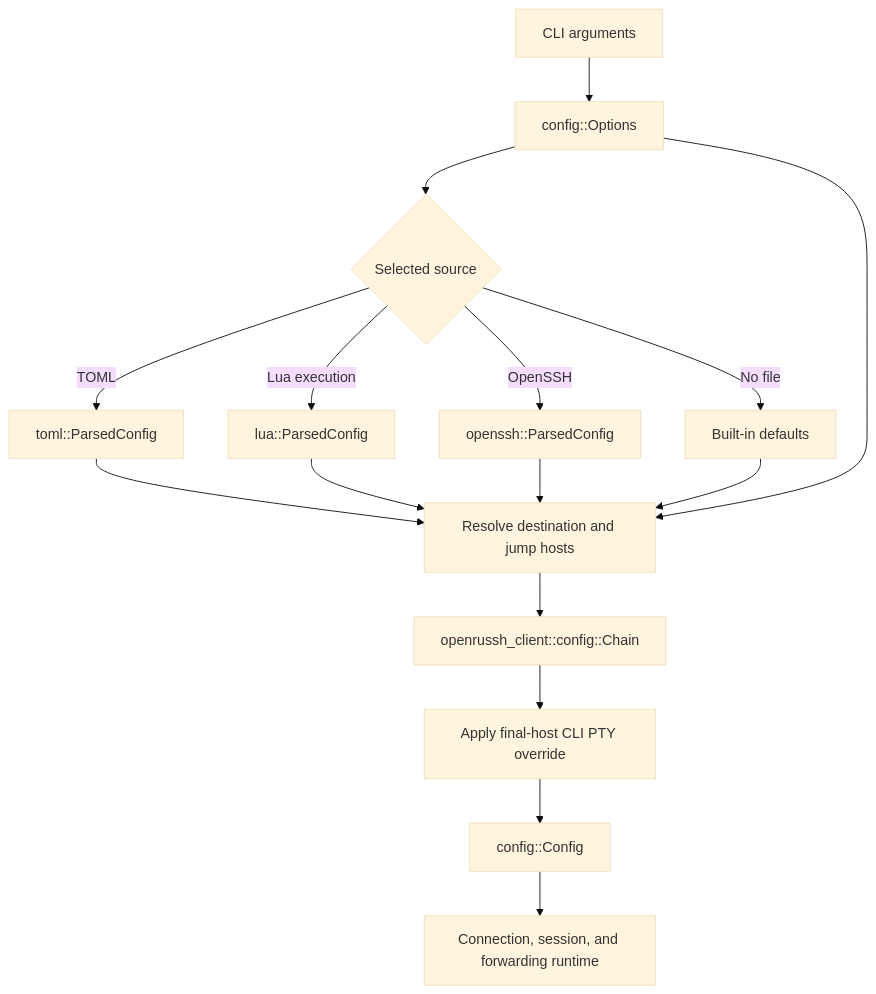
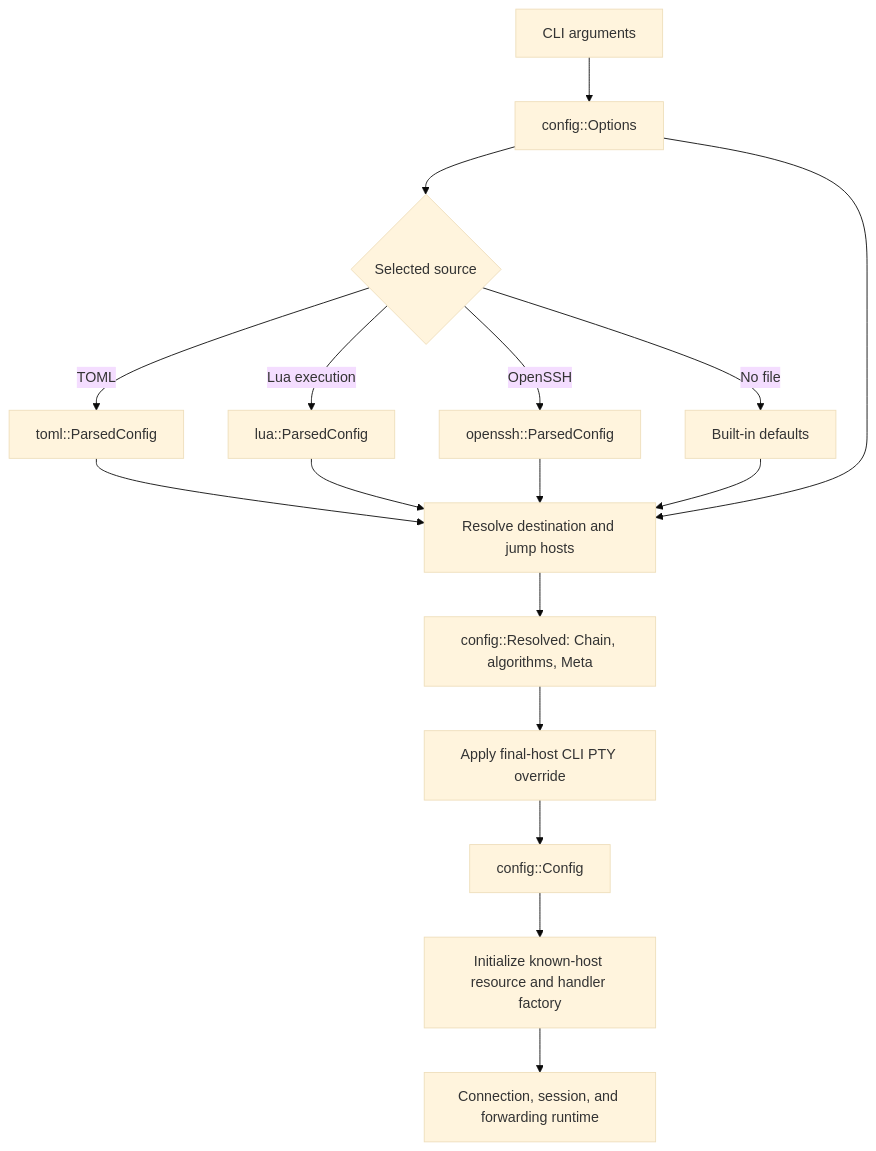
Before and after one commit to naughie/openrussh-cli: the diagram in docs/architecture.md, drawn with Mermaid (base theme). The commit also changed other lines of this file and 14 other files, not shown here.

````diff
--- a/docs/architecture.md
+++ b/docs/architecture.md
@@ -49,18 +52,19 @@
 ```mermaid
 flowchart TD
     A[CLI arguments] --> B[config::Options]
     B --> C{Selected source}
     C -->|TOML| D[toml::ParsedConfig]
     C -->|Lua execution| E[lua::ParsedConfig]
     C -->|OpenSSH| F[openssh::ParsedConfig]
     C -->|No file| G[Built-in defaults]
     D --> H[Resolve destination and jump hosts]
     E --> H
     F --> H
     G --> H
     B --> H
-    H --> I[openrussh_client::config::Chain]
+    H --> I[config::Resolved: Chain, algorithms, Meta]
     I --> J[Apply final-host CLI PTY override]
     J --> K[config::Config]
-    K --> L[Connection, session, and forwarding runtime]
+    K --> L[Initialize known-host resource and handler factory]
+    L --> M[Connection, session, and forwarding runtime]
 ```
````
